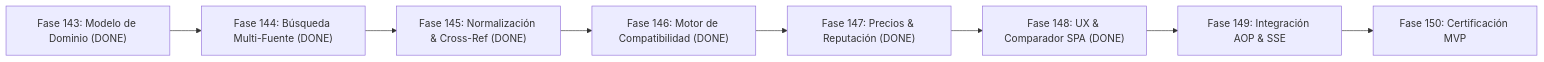
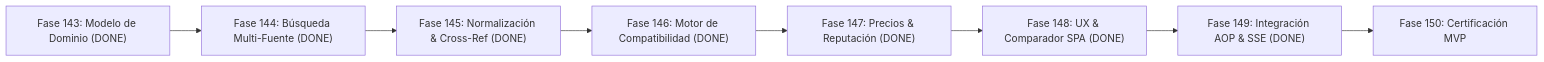
Before and after one commit to johangonzahenri/ai-operating-platform: the third of 4 diagrams in docs/MASTER_WORK_PLAN.md, drawn with Mermaid. The commit also changed other lines of this file and 26 other files, not shown here.

````diff
--- a/docs/MASTER_WORK_PLAN.md
+++ b/docs/MASTER_WORK_PLAN.md
@@ -772,10 +814,10 @@
 ```mermaid
 flowchart LR
     F143["Fase 143: Modelo de Dominio (DONE)"] --> F144["Fase 144: Búsqueda Multi-Fuente (DONE)"]
     F144 --> F145["Fase 145: Normalización & Cross-Ref (DONE)"]
     F145 --> F146["Fase 146: Motor de Compatibilidad (DONE)"]
     F146 --> F147["Fase 147: Precios & Reputación (DONE)"]
     F147 --> F148["Fase 148: UX & Comparador SPA (DONE)"]
-    F148 --> F149["Fase 149: Integración AOP & SSE"]
+    F148 --> F149["Fase 149: Integración AOP & SSE (DONE)"]
     F149 --> F150["Fase 150: Certificación MVP"]
 ```
````
